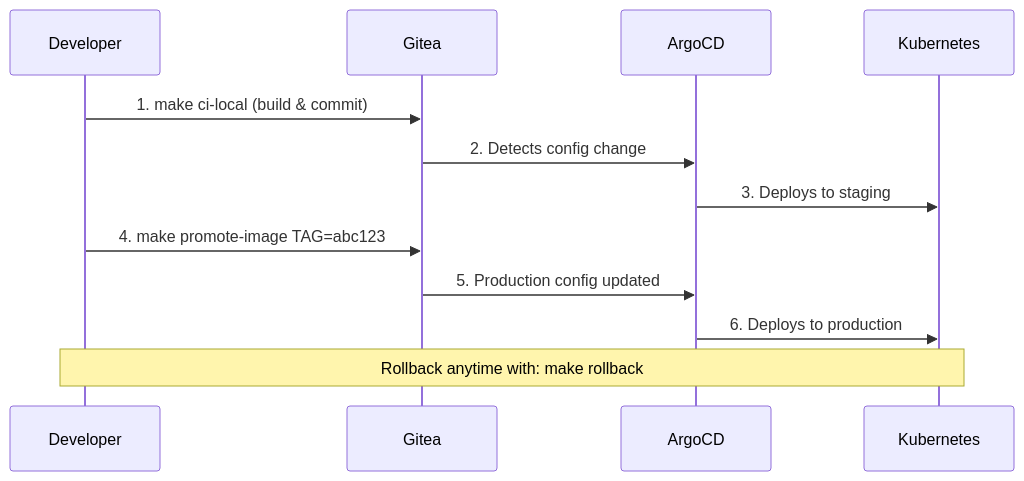
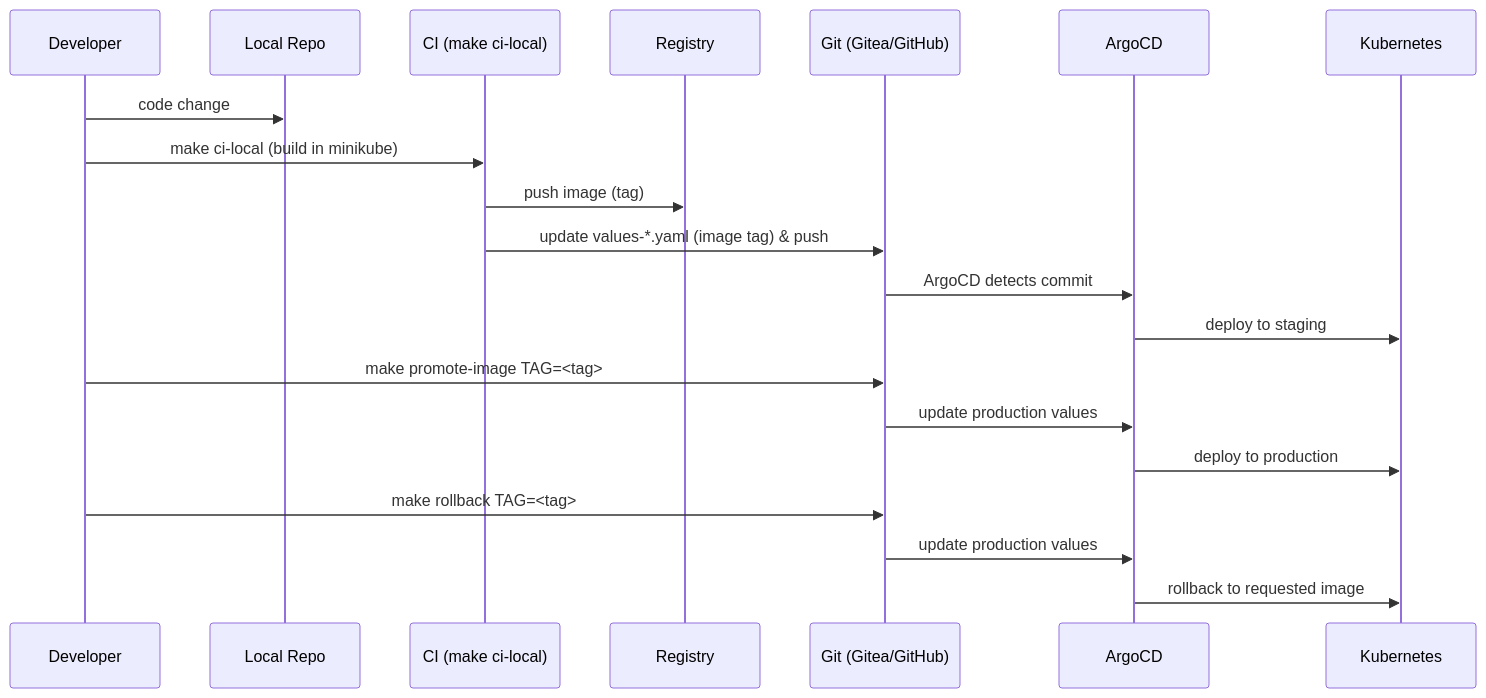
The diagram in README.md (aman26ps/cicd-demo-local), drawn with Mermaid before and after one commit. The commit also changed other lines of this file, not shown here.

````diff
--- a/README.md
+++ b/README.md
@@ -43,17 +51,23 @@
 ```mermaid
 sequenceDiagram
     participant Dev as Developer
-    participant Git as Gitea
-    participant ArgoCD as ArgoCD
+    participant Local as Local Repo
+    participant CI as CI (make ci-local)
+    participant Reg as Registry
+    participant Git as Git (Gitea/GitHub)
+    participant Argo as ArgoCD
     participant K8s as Kubernetes
-    
-    Dev->>Git: 1. make ci-local (build & commit)
-    Git->>ArgoCD: 2. Detects config change
-    ArgoCD->>K8s: 3. Deploys to staging
-    
-    Dev->>Git: 4. make promote-image TAG=abc123
-    Git->>ArgoCD: 5. Production config updated
-    ArgoCD->>K8s: 6. Deploys to production
-    
-    Note over Dev,K8s: Rollback anytime with: make rollback
+
+    Dev->>Local: code change
+    Dev->>CI: make ci-local (build in minikube)
+    CI->>Reg: push image (tag)
+    CI->>Git: update values-*.yaml (image tag) & push
+    Git->>Argo: ArgoCD detects commit
+    Argo->>K8s: deploy to staging
+    Dev->>Git: make promote-image TAG=<tag>
+    Git->>Argo: update production values
+    Argo->>K8s: deploy to production
+    Dev->>Git: make rollback TAG=<tag>
+    Git->>Argo: update production values
+    Argo->>K8s: rollback to requested image
 ```
````
